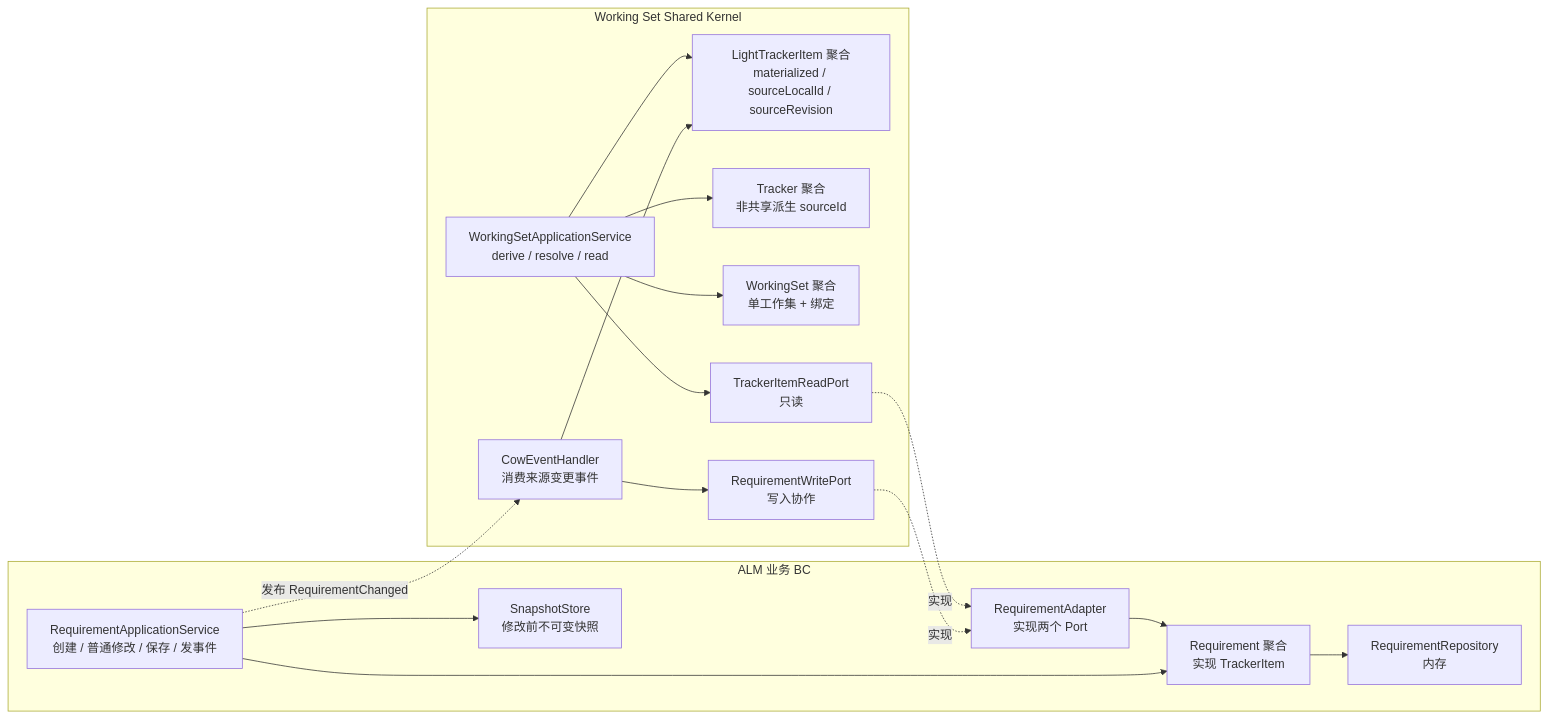
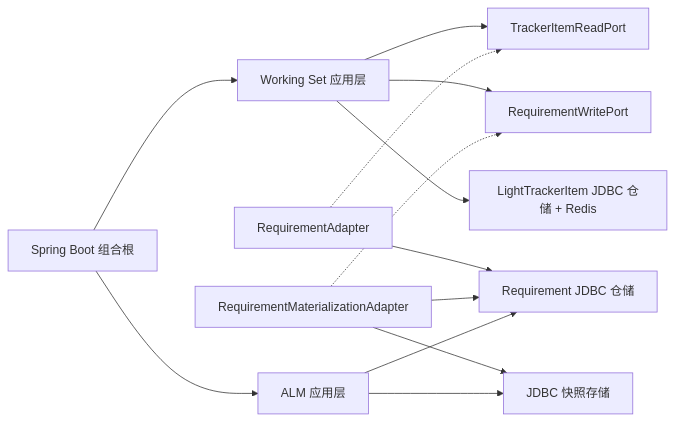
One commit to Greytrack/ddd-workingset changed the first of 2 diagrams in docs/working-set/diagrams/t5-s0-architecture.md. Above: the diagram before and after it, drawn with Mermaid. The commit also changed other lines of this file and 13 other files, not shown here.

First line of the commit message:
docs(工作集) 精简图表与实施文档并修正状态引用

````diff
--- a/docs/working-set/diagrams/t5-s0-architecture.md
+++ b/docs/working-set/diagrams/t5-s0-architecture.md
@@ -49,35 +9,15 @@
 ```mermaid
 flowchart LR
-    subgraph SKC["Working Set Shared Kernel"]
-        APP["WorkingSetApplicationService<br/>derive / resolve / read"]
-        COW["CowEventHandler<br/>消费来源变更事件"]
-        LTI["LightTrackerItem 聚合<br/>materialized / sourceLocalId / sourceRevision"]
-        TR["Tracker 聚合<br/>非共享派生 sourceId"]
-        WS["WorkingSet 聚合<br/>单工作集 + 绑定"]
-        RP["TrackerItemReadPort<br/>只读"]
-        WP["RequirementWritePort<br/>写入协作"]
-    end
-
-    subgraph ALMC["ALM 业务 BC"]
-        RAPP["RequirementApplicationService<br/>创建 / 普通修改 / 保存 / 发事件"]
-        RAGG["Requirement 聚合<br/>实现 TrackerItem"]
-        ADP["RequirementAdapter<br/>实现两个 Port"]
-        RREPO["RequirementRepository<br/>内存"]
-        SNAP["SnapshotStore<br/>修改前不可变快照"]
-    end
-
-    APP --> LTI
-    APP --> TR
-    APP --> WS
-    APP --> RP
-    COW --> LTI
-    COW --> WP
-
-    RP -.->|"实现"| ADP
-    WP -.->|"实现"| ADP
-    ADP --> RAGG
-    RAGG --> RREPO
-    RAPP --> RAGG
-    RAPP --> SNAP
-    RAPP -.->|"发布 RequirementChanged"| COW
+    BOOT["Spring Boot 组合根"] --> SK["Working Set 应用层"]
+    BOOT --> ALM["ALM 应用层"]
+    SK --> RP["TrackerItemReadPort"]
+    SK --> WP["RequirementWritePort"]
+    SK --> LTI["LightTrackerItem JDBC 仓储 + Redis"]
+    READ["RequirementAdapter"] -.-> RP
+    WRITE["RequirementMaterializationAdapter"] -.-> WP
+    READ --> DB["Requirement JDBC 仓储"]
+    WRITE --> DB
+    WRITE --> SNAP["JDBC 快照存储"]
+    ALM --> DB
+    ALM --> SNAP
 ```
````
